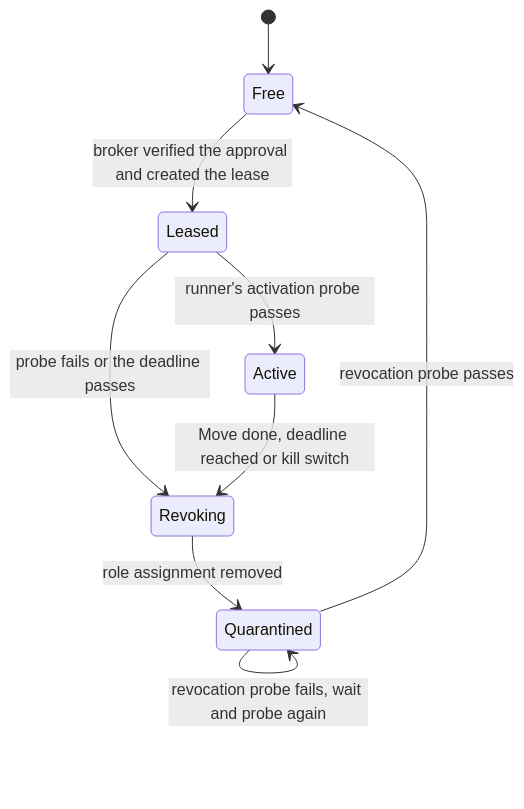
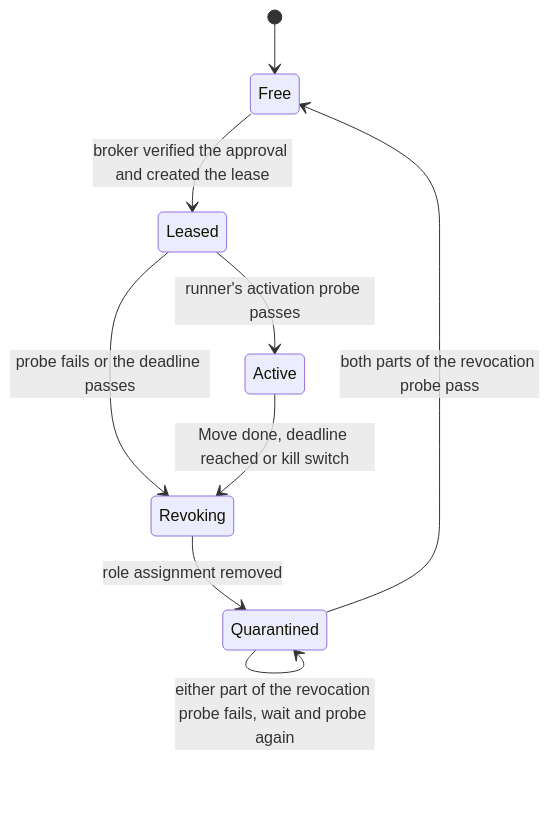
One commit to tinodo/meternaut changed the third of 3 diagrams in docs/design/07-security-architecture.md. Above: the diagram before and after it, drawn with Mermaid. The commit also changed other lines of this file and 22 other files, not shown here.

````diff
--- a/docs/design/07-security-architecture.md
+++ b/docs/design/07-security-architecture.md
@@ -159,11 +177,11 @@
 ```mermaid
 stateDiagram-v2
     [*] --> Free
     Free --> Leased: broker verified the approval and created the lease
     Leased --> Active: runner's activation probe passes
     Leased --> Revoking: probe fails or the deadline passes
     Active --> Revoking: Move done, deadline reached or kill switch
     Revoking --> Quarantined: role assignment removed
-    Quarantined --> Quarantined: revocation probe fails, wait and probe again
-    Quarantined --> Free: revocation probe passes
+    Quarantined --> Quarantined: either part of the revocation probe fails, wait and probe again
+    Quarantined --> Free: both parts of the revocation probe pass
 ```
````
